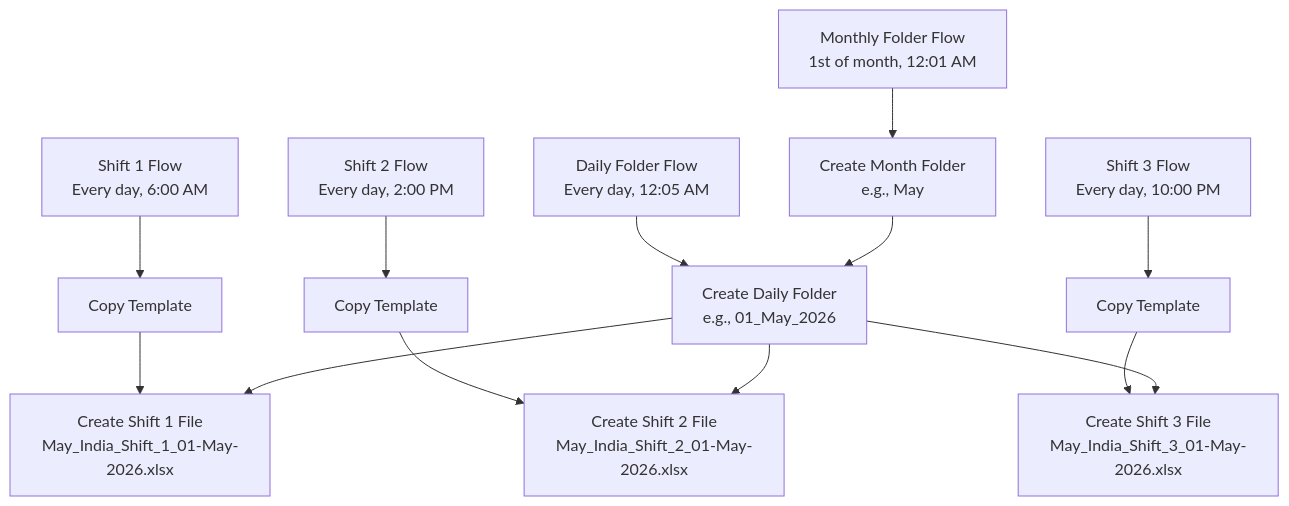
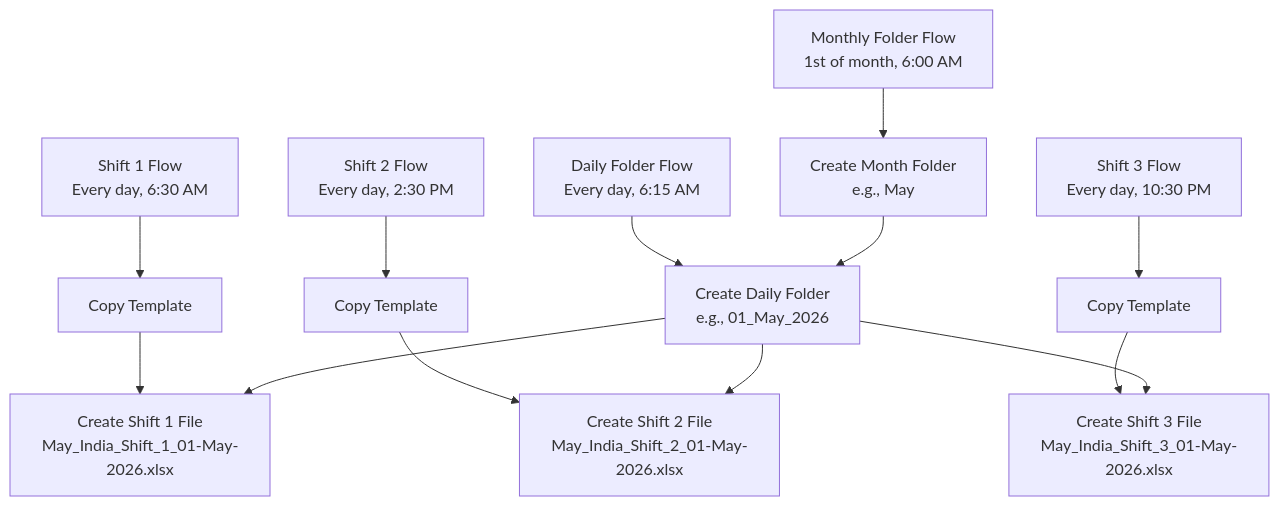
The diagram in OneDrive_Shift_Files_Automation_Plan.md (vignesh191024/Excel_Power_Automate), drawn with Mermaid before and after one commit. The commit also changed other lines of this file and 3 other files, not shown here.

Commit message:
Update Power Automate flow schedules: Monthly folder at 6:00 AM, Daily folder at 6:15 AM, Shift files at 6:30 AM, 2:30 PM, and 10:30 PM IST

````diff
--- a/OneDrive_Shift_Files_Automation_Plan.md
+++ b/OneDrive_Shift_Files_Automation_Plan.md
@@ -254,20 +254,20 @@
 ```mermaid
 graph TD
-    A[Monthly Folder Flow<br/>1st of month, 12:01 AM] --> B[Create Month Folder<br/>e.g., May]
+    A[Monthly Folder Flow<br/>1st of month, 6:00 AM] --> B[Create Month Folder<br/>e.g., May]
     
-    C[Daily Folder Flow<br/>Every day, 12:05 AM] --> D[Create Daily Folder<br/>e.g., 01_May_2026]
+    C[Daily Folder Flow<br/>Every day, 6:15 AM] --> D[Create Daily Folder<br/>e.g., 01_May_2026]
     
-    E[Shift 1 Flow<br/>Every day, 6:00 AM] --> F[Copy Template]
+    E[Shift 1 Flow<br/>Every day, 6:30 AM] --> F[Copy Template]
     F --> G[Create Shift 1 File<br/>May_India_Shift_1_01-May-2026.xlsx]
     
-    H[Shift 2 Flow<br/>Every day, 2:00 PM] --> I[Copy Template]
+    H[Shift 2 Flow<br/>Every day, 2:30 PM] --> I[Copy Template]
     I --> J[Create Shift 2 File<br/>May_India_Shift_2_01-May-2026.xlsx]
     
-    K[Shift 3 Flow<br/>Every day, 10:00 PM] --> L[Copy Template]
+    K[Shift 3 Flow<br/>Every day, 10:30 PM] --> L[Copy Template]
     L --> M[Create Shift 3 File<br/>May_India_Shift_3_01-May-2026.xlsx]
     
     B --> D
     D --> G
     D --> J
     D --> M
 ```
````
